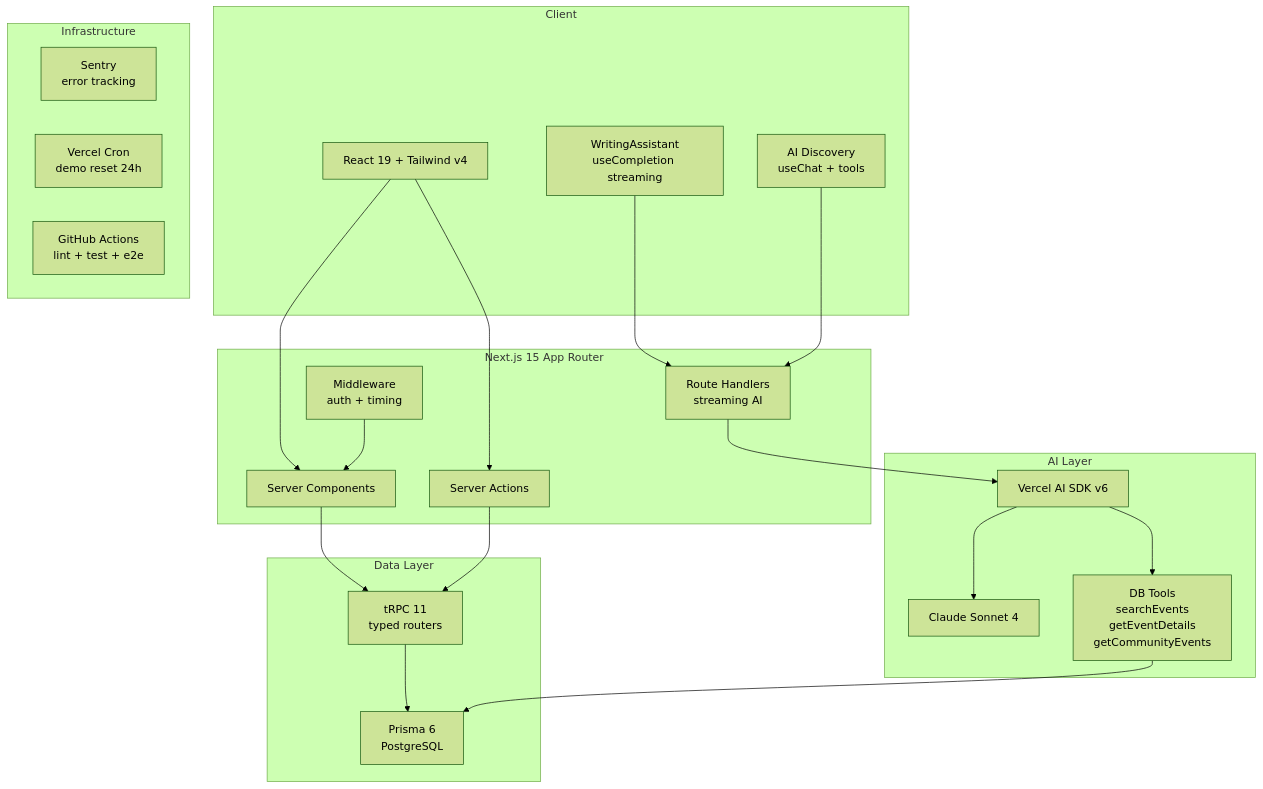
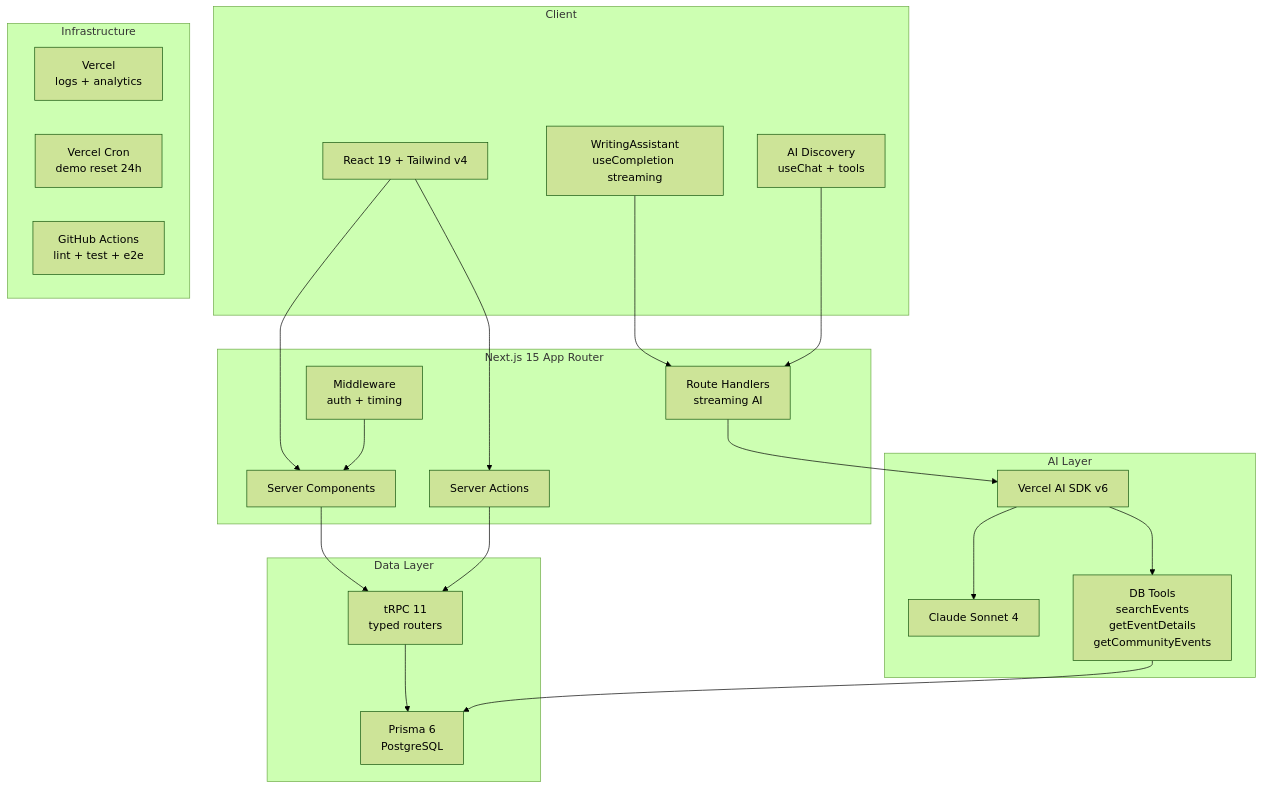
One commit to SrivastavaSrijan/rsvped changed the diagram in README.md. Above: the diagram before and after it, drawn with Mermaid (forest theme). The commit also changed other lines of this file and 30 other files, not shown here.

````diff
--- a/README.md
+++ b/README.md
@@ -7,45 +7,45 @@
 ```mermaid
 graph TB
     subgraph Client
         UI[React 19 + Tailwind v4]
         WA[WritingAssistant<br/>useCompletion streaming]
         AD[AI Discovery<br/>useChat + tools]
     end
 
     subgraph "Next.js 15 App Router"
         RSC[Server Components]
         SA[Server Actions]
         RH[Route Handlers<br/>streaming AI]
         MW[Middleware<br/>auth + timing]
     end
 
     subgraph "Data Layer"
         TRPC[tRPC 11<br/>typed routers]
         PRISMA[Prisma 6<br/>PostgreSQL]
     end
 
     subgraph "AI Layer"
         SDK[Vercel AI SDK v6]
         CLAUDE[Claude Sonnet 4]
         TOOLS[DB Tools<br/>searchEvents<br/>getEventDetails<br/>getCommunityEvents]
     end
 
     subgraph "Infrastructure"
-        SENTRY[Sentry<br/>error tracking]
+        VERCEL[Vercel<br/>logs + analytics]
         CRON[Vercel Cron<br/>demo reset 24h]
         CI[GitHub Actions<br/>lint + test + e2e]
     end
 
     UI --> RSC
     UI --> SA
     WA --> RH
     AD --> RH
     RSC --> TRPC
     SA --> TRPC
     TRPC --> PRISMA
     RH --> SDK
     SDK --> CLAUDE
     SDK --> TOOLS
     TOOLS --> PRISMA
     MW --> RSC
 ```
````
